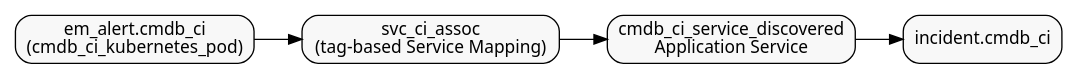
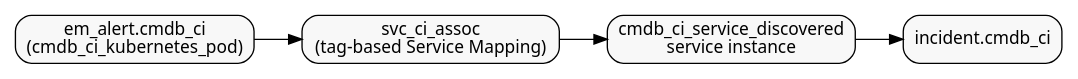
Before and after one commit to gxbrooks/spark-observability: the first of 2 diagrams in servicenow/docs/Log_to_Incident/Log_to_Incident.adoc, drawn with Graphviz. The commit also changed other lines of this file and 26 other files, not shown here.

```diff
--- a/servicenow/docs/Log_to_Incident/Log_to_Incident.adoc
+++ b/servicenow/docs/Log_to_Incident/Log_to_Incident.adoc
@@ -1684,15 +1684,15 @@
 [graphviz, Incident_Application_Service_correlation_Service_Side]
 ----
 digraph incident_correlation {
   graph [rankdir=LR splines=true nodesep=0.5 fontname="Noto Sans" fontsize=14]
   node [shape=box style="rounded,filled" fillcolor="#f8f8f8" fontname="Noto Sans" fontsize=13]
   edge [fontname="Noto Sans" fontsize=12]
 
   ALERT [label="em_alert.cmdb_ci\n(cmdb_ci_kubernetes_pod)"]
   REL [label="svc_ci_assoc\n(tag-based Service Mapping)"]
-  AS [label="cmdb_ci_service_discovered\nApplication Service"]
+  AS [label="cmdb_ci_service_discovered\nservice instance"]
   INC [label="incident.cmdb_ci"]
 
   ALERT -> REL -> AS -> INC
 }
 ----
```
